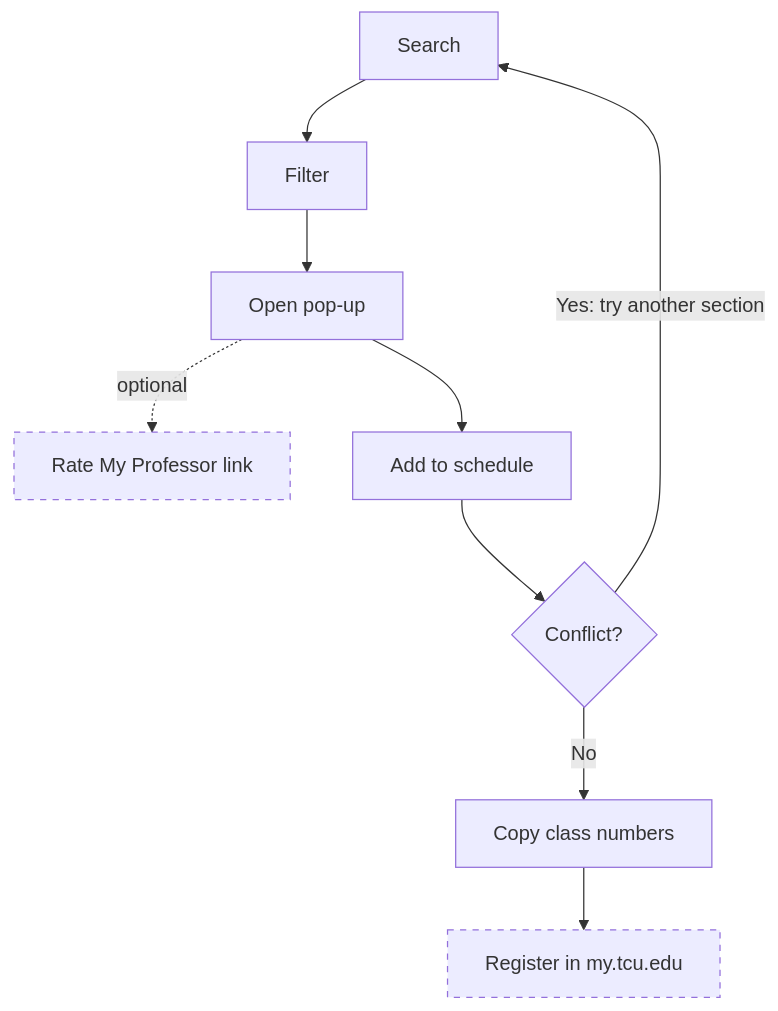
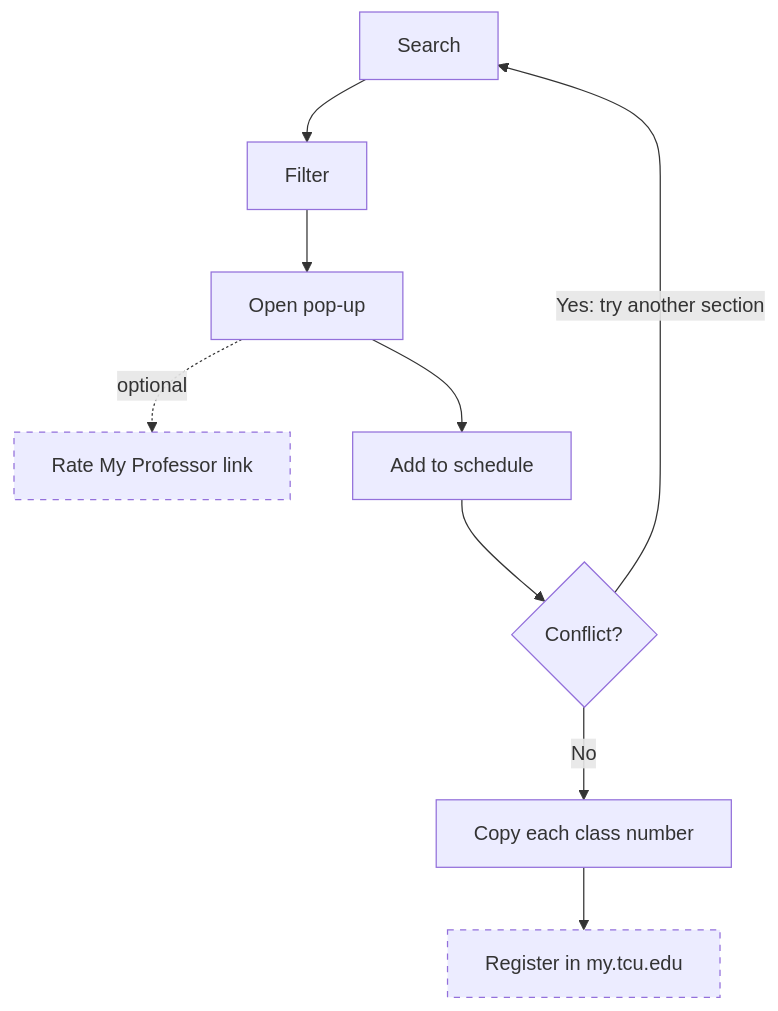
Before and after one commit to TannerTemple/TCU-Class-Search: the diagram in docs/03-use-cases.md, drawn with Mermaid. The commit also changed other lines of this file and 16 other files, not shown here.

````diff
--- a/docs/03-use-cases.md
+++ b/docs/03-use-cases.md
@@ -27,13 +27,13 @@
 ```mermaid
 flowchart TD
     A[Search] --> B[Filter]
     B --> C[Open pop-up]
     C -. optional .-> R[Rate My Professor link]
     C --> D[Add to schedule]
     D --> E{Conflict?}
     E -- Yes: try another section --> A
-    E -- No --> F[Copy class numbers]
+    E -- No --> F[Copy each class number]
     F --> G[Register in my.tcu.edu]
     classDef external stroke-dasharray: 5 5;
     class G,R external;
 ```
````
